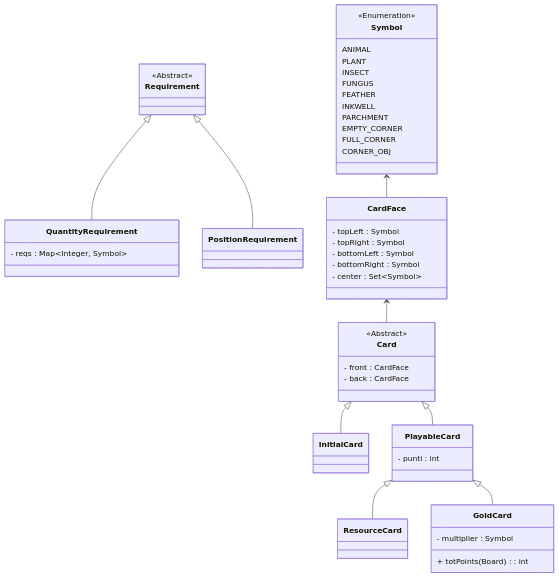
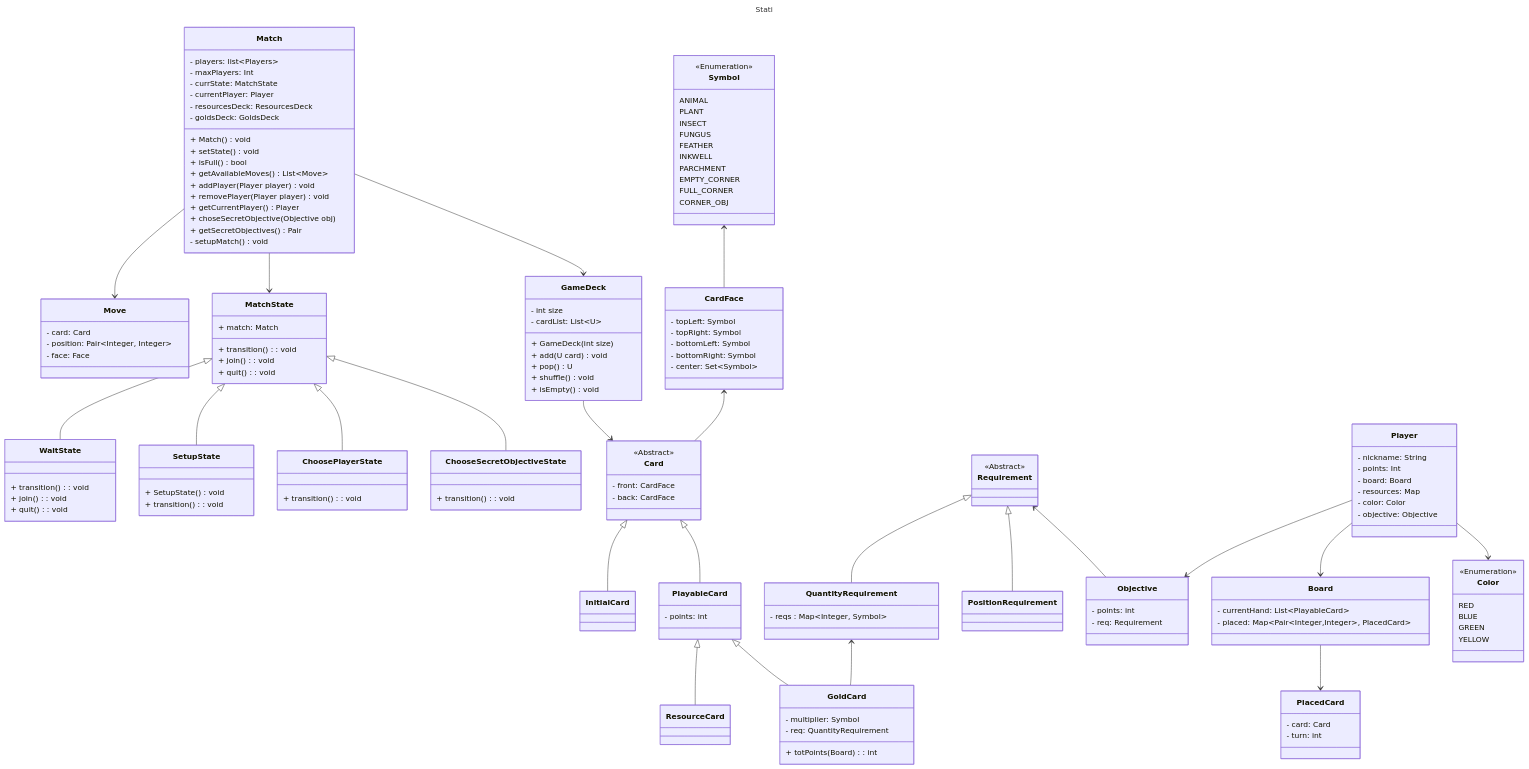
The diagram in deliveries/UML/class_diagram.mmd (grecodavide/IS24-AM08), drawn with Mermaid before and after one commit. The commit also changed other lines of this file, not shown here.

Commit message:
Update UML diagram

```diff
--- a/deliveries/UML/class_diagram.mmd
+++ b/deliveries/UML/class_diagram.mmd
@@ -1,66 +1,176 @@
+---
+title: Stati
+---
 classDiagram
+    Match --> Move
+    Match --> GameDeck
+    Match --> MatchState
+    MatchState <|-- WaitState
+    MatchState <|-- SetupState
+    MatchState <|-- ChoosePlayerState
+    MatchState <|-- ChooseSecretObjectiveState
+
     Card <|-- InitialCard
     Card <|-- PlayableCard
-
+    GameDeck --> Card
     PlayableCard <|-- ResourceCard
     PlayableCard <|-- GoldCard
-    
+
     Requirement <|-- QuantityRequirement
     Requirement <|-- PositionRequirement
+    Requirement <-- Objective
+    QuantityRequirement <-- GoldCard
 
+    Board --> PlacedCard
+    Player --> Board
+    Player --> Objective
     CardFace <-- Card
     Symbol <-- CardFace
+    Player --> Color
+
+
+
 
     class Symbol {
         <<Enumeration>>
         ANIMAL
         PLANT
         INSECT
         FUNGUS
         FEATHER
         INKWELL
         PARCHMENT
         EMPTY_CORNER
         FULL_CORNER
         CORNER_OBJ
     }
 
     class CardFace {
-        - topLeft : Symbol
-        - topRight : Symbol
-        - bottomLeft : Symbol
-        - bottomRight : Symbol
-        - center : Set~Symbol~
+        - topLeft: Symbol
+        - topRight: Symbol
+        - bottomLeft: Symbol
+        - bottomRight: Symbol
+        - center: Set~Symbol~
     }
 
-    class Card { 
+    class Card {
         <<Abstract>>
-        - front : CardFace
-        - back : CardFace
+        - front: CardFace
+        - back: CardFace
     }
 
     class PlayableCard {
-        - punti : int
+        - points: int
     }
 
     class InitialCard {
     }
 
     class ResourceCard {
     }
 
     class GoldCard {
-        - multiplier : Symbol
-        + totPoints(Board) : int
+        - multiplier: Symbol
+        - req: QuantityRequirement
+        + totPoints(Board): int
     }
-    
+
     class Requirement {
         <<Abstract>>
     }
-    
+
     class QuantityRequirement {
         - reqs : Map~Integer, Symbol~
     }
-    
+
     class PositionRequirement {
     }
+    class Objective {
+        - points: int
+        - req: Requirement
+    }
+    class Move {
+        - card: Card
+        - position: Pair~Integer, Integer~
+        - face: Face
+    }
+    class Player {
+        - nickname: String
+        - points: Int
+        - board: Board
+        - resources: Map<Symbol, Integer>
+        - color: Color
+        - objective: Objective
+    }
+    class Color{
+        <<Enumeration>>
+        RED
+        BLUE
+        GREEN
+        YELLOW
+    }
+    class Board {
+        - currentHand: List~PlayableCard~
+        - placed: Map&ltPair&ltInteger,Integer&gt, PlacedCard&gt
+    }
+    class PlacedCard {
+        - card: Card
+        - turn: int
+    }
+
+    class Match {
+        - players: list~Players~
+        - maxPlayers: Int
+        - currState: MatchState
+        - currentPlayer: Player
+        - resourcesDeck: ResourcesDeck
+        - goldsDeck: GoldsDeck
+
+        + Match() void
+        + setState() void
+        + isFull() bool
+        + getAvailableMoves() List~Move~
+        + addPlayer(Player player) void
+        + removePlayer(Player player) void
+        + getCurrentPlayer() Player
+        + choseSecretObjective(Objective obj)
+        + getSecretObjectives() Pair<Objective, Objective>
+        - setupMatch() void
+
+    }
+
+    class MatchState {
+        + match: Match
+        + transition(): void
+        + join(): void
+        + quit(): void
+    }
+
+    class WaitState{
+        + transition(): void
+        + join(): void
+        + quit(): void
+    }
+    class SetupState{
+        + SetupState() void
+        + transition(): void
+
+    }
+    class ChoosePlayerState {
+        + transition(): void
+    }
+
+    class ChooseSecretObjectiveState {
+        + transition(): void
+    }
+
+
+    class GameDeck {
+        - int size
+        - cardList: List~U~
+        + GameDeck(int size)
+        + add(U card) void
+        + pop() U
+        + shuffle() void
+        + isEmpty() void
+    }
```
